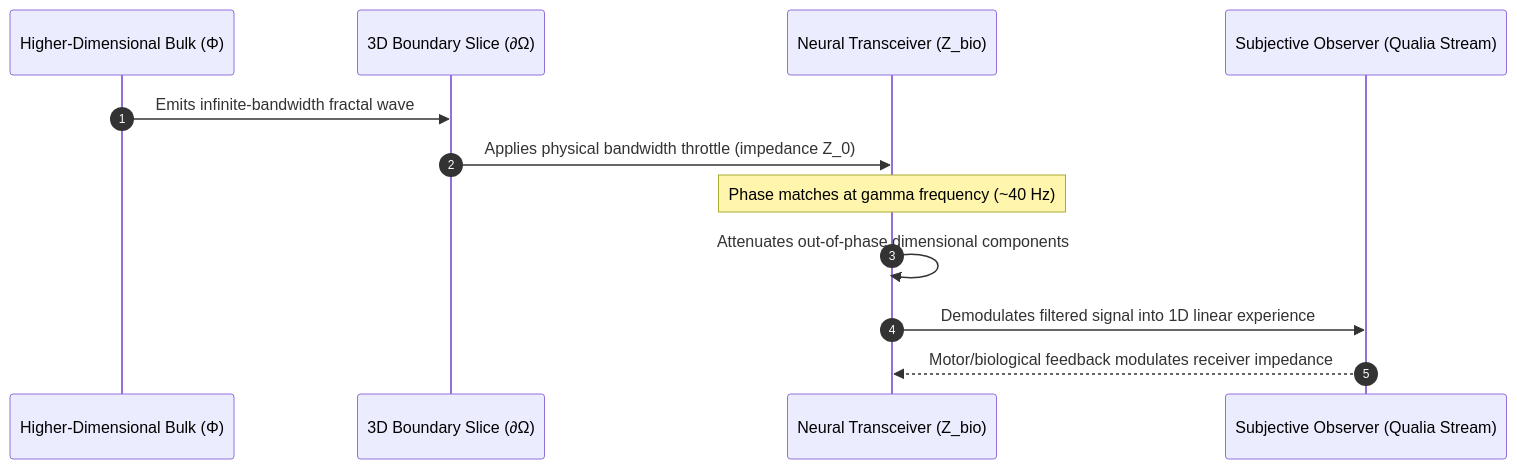
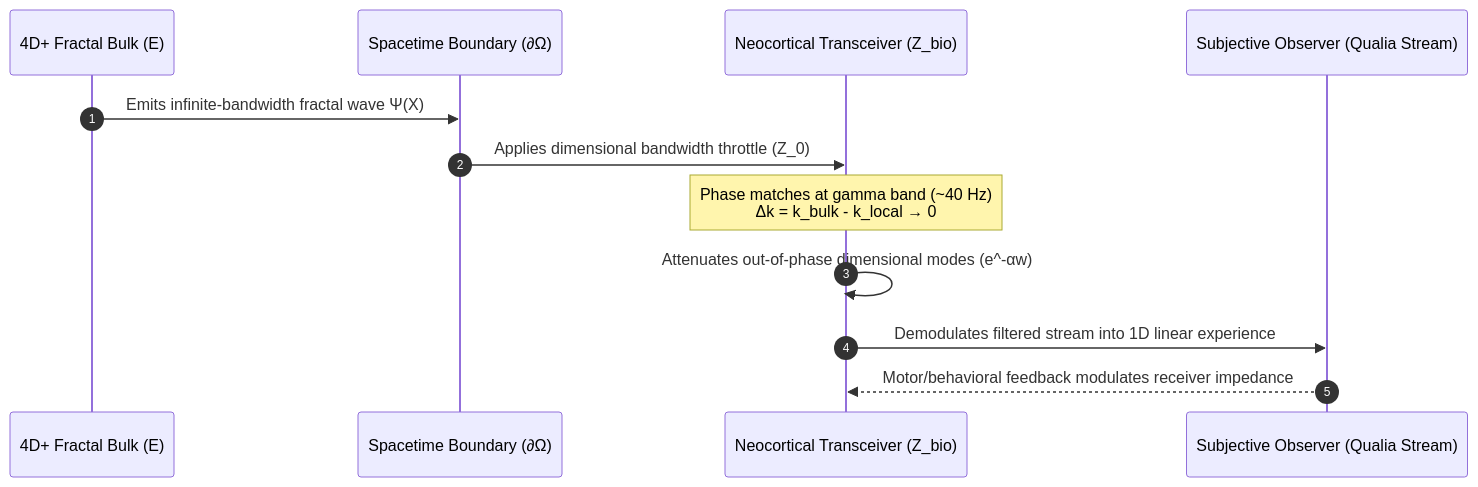
Before and after one commit to netplug-me/urban-octo-nerd: the second of 6 diagrams in are_we_there_yet_theory.md, drawn with Mermaid. The commit also changed other lines of this file, not shown here.

````diff
--- a/are_we_there_yet_theory.md
+++ b/are_we_there_yet_theory.md
@@ -105,15 +111,15 @@
 ```mermaid
 sequenceDiagram
     autonumber
-    participant 4D as Higher-Dimensional Bulk (Φ)
-    participant Barrier as 3D Boundary Slice (∂Ω)
-    participant Brain as Neural Transceiver (Z_bio)
+    participant Bulk as 4D+ Fractal Bulk (E)
+    participant Barrier as Spacetime Boundary (∂Ω)
+    participant Brain as Neocortical Transceiver (Z_bio)
     participant Mind as Subjective Observer (Qualia Stream)
 
-    4D->>Barrier: Emits infinite-bandwidth fractal wave
-    Barrier->>Brain: Applies physical bandwidth throttle (impedance Z_0)
-    Note over Brain: Phase matches at gamma frequency (~40 Hz)
-    Brain->>Brain: Attenuates out-of-phase dimensional components
-    Brain->>Mind: Demodulates filtered signal into 1D linear experience
-    Mind-->>Brain: Motor/biological feedback modulates receiver impedance
+    Bulk->>Barrier: Emits infinite-bandwidth fractal wave Ψ(X)
+    Barrier->>Brain: Applies dimensional bandwidth throttle (Z_0)
+    Note over Brain: Phase matches at gamma band (~40 Hz)<br/>Δk = k_bulk - k_local → 0
+    Brain->>Brain: Attenuates out-of-phase dimensional modes (e^-αw)
+    Brain->>Mind: Demodulates filtered stream into 1D linear experience
+    Mind-->>Brain: Motor/behavioral feedback modulates receiver impedance
 ```
````
